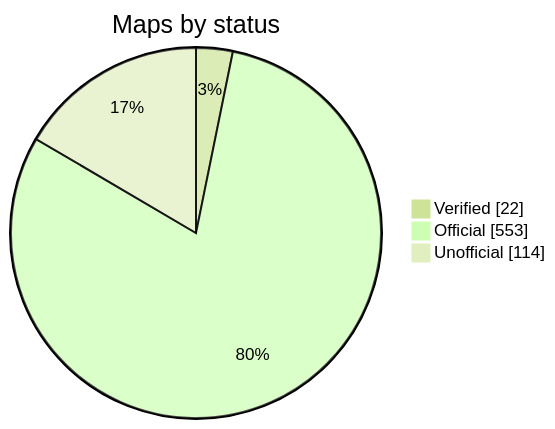
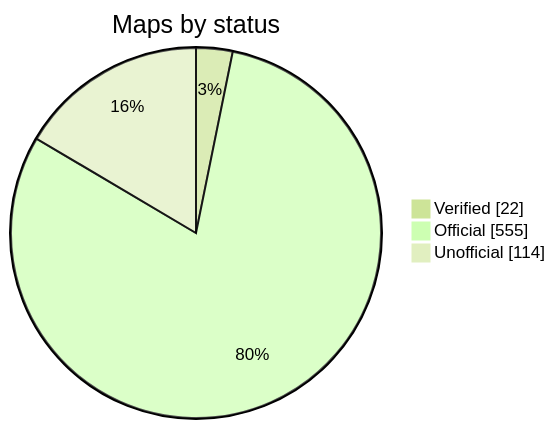
One commit to nobrega8/mbmap-library changed the diagram in README.md. Above: the diagram before and after it, drawn with Mermaid (forest theme). The commit also changed 7 other files, not shown here.

````diff
--- a/README.md
+++ b/README.md
@@ -52,7 +52,7 @@
 ```mermaid
 pie showData
     title Maps by status
     "Verified" : 22
-    "Official" : 553
+    "Official" : 555
     "Unofficial" : 114
 ```
````
